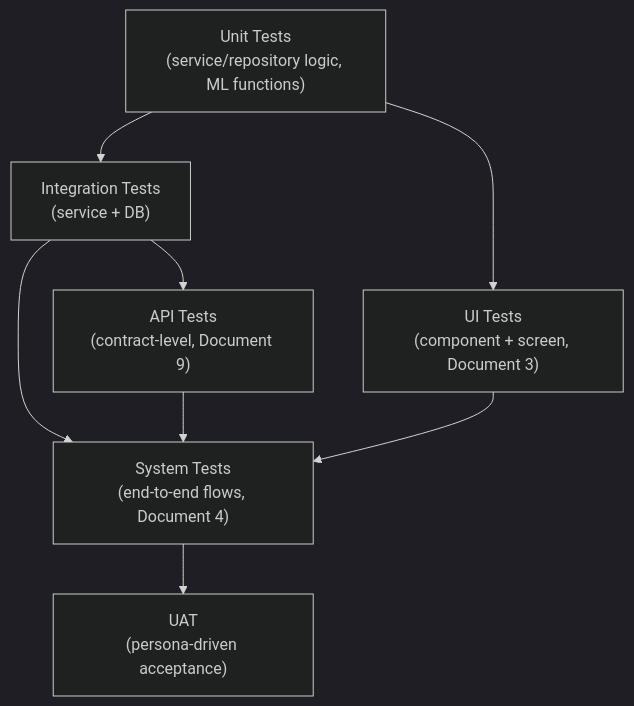
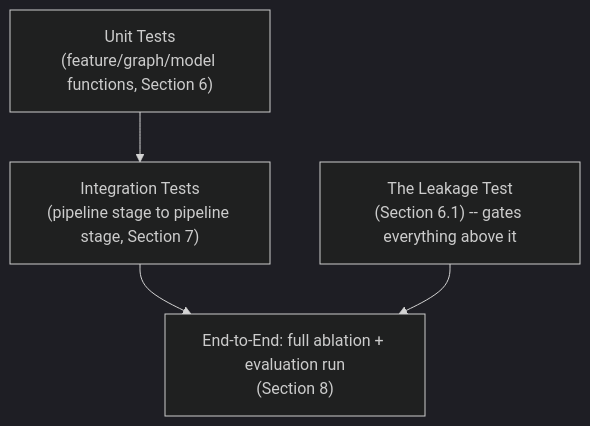
The diagram in docs/13_Testing_Documentation.md (murali-ftw/ChainPilot), drawn with Mermaid (dark theme) before and after one commit. The commit also changed other lines of this file and 22 other files, not shown here.

````diff
--- a/docs/13_Testing_Documentation.md
+++ b/docs/13_Testing_Documentation.md
@@ -31,16 +32,10 @@
 ```mermaid
 flowchart TD
-    UAT["UAT\n(persona-driven acceptance)"]
-    SYS["System Tests\n(end-to-end flows, Document 4)"]
-    API["API Tests\n(contract-level, Document 9)"]
-    UI["UI Tests\n(component + screen, Document 3)"]
-    INT["Integration Tests\n(service + DB)"]
-    UNIT["Unit Tests\n(service/repository logic, ML functions)"]
+    E2E["End-to-End: full ablation + evaluation run\n(Section 8)"]
+    LEAK["The Leakage Test\n(Section 6.1) -- gates everything above it"]
+    INT["Integration Tests\n(pipeline stage to pipeline stage, Section 7)"]
+    UNIT["Unit Tests\n(feature/graph/model functions, Section 6)"]
 
-    UNIT --> INT --> API
-    UNIT --> UI
-    INT --> SYS
-    API --> SYS
-    UI --> SYS
-    SYS --> UAT
+    UNIT --> INT --> E2E
+    LEAK --> E2E
 ```
````
